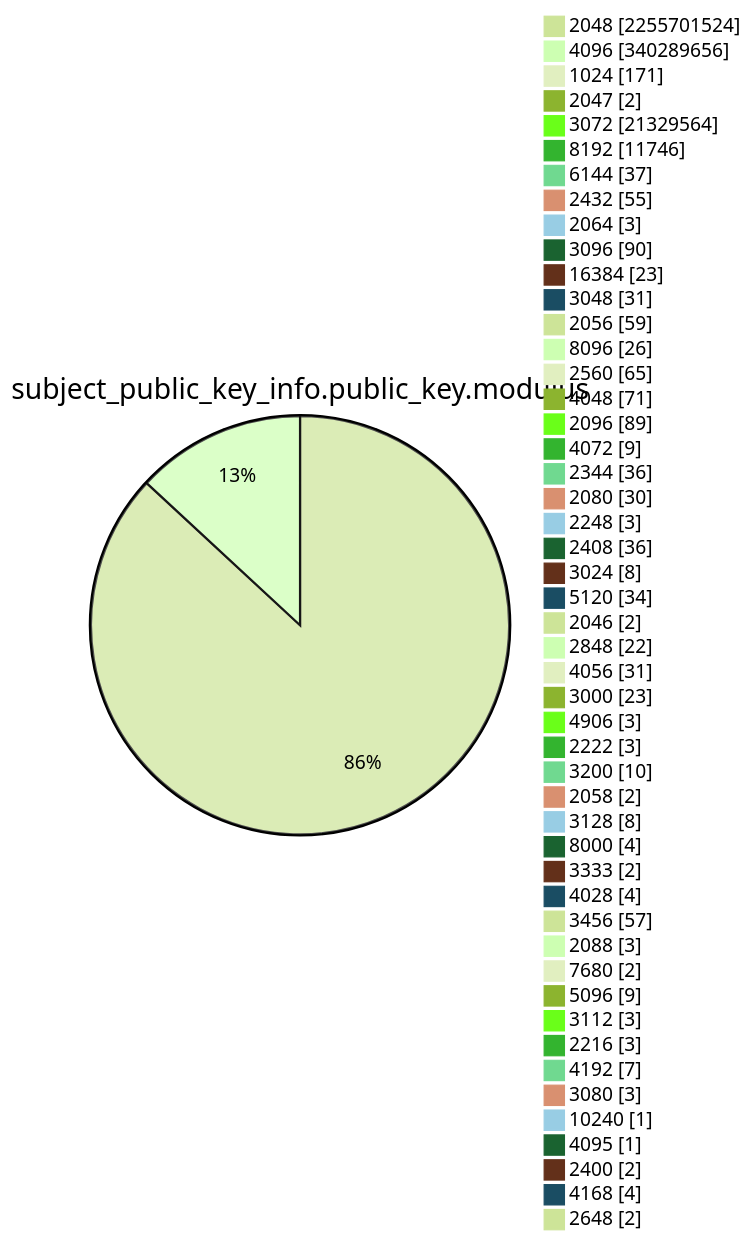
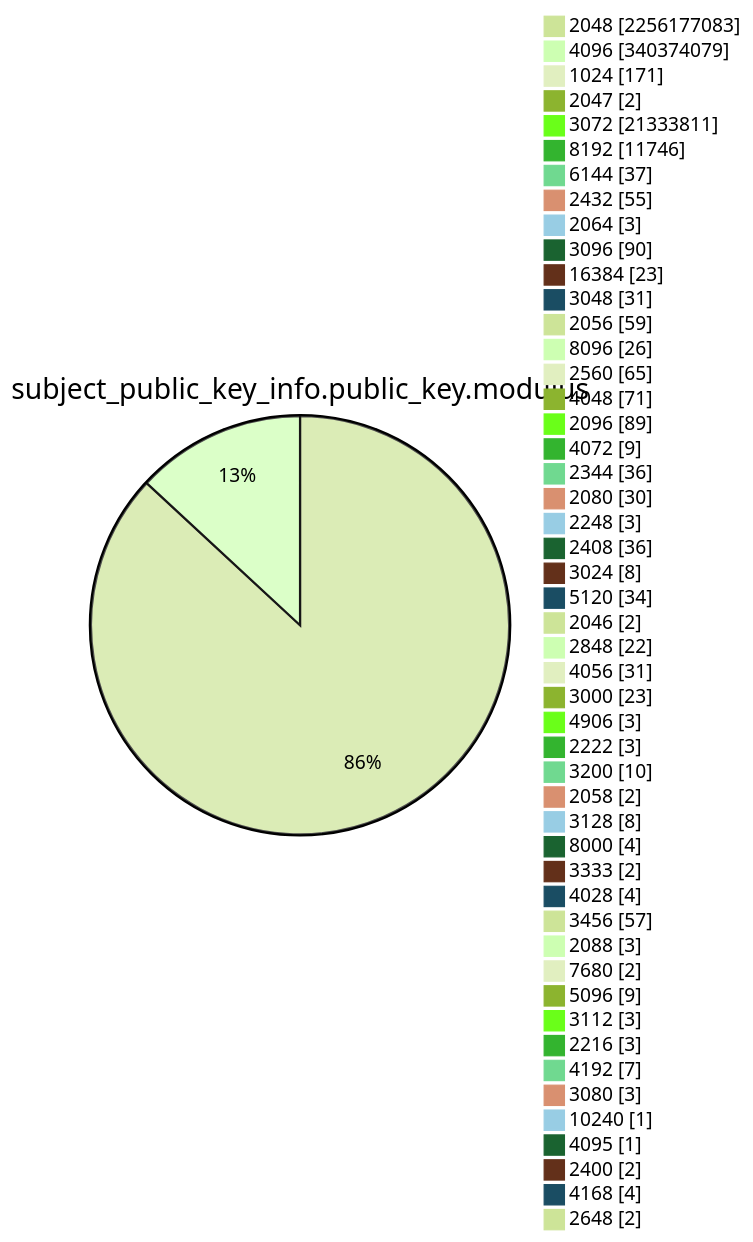
Before and after one commit to christiankrug/ctmonitor_visualization: diagram 13 of 15 in TOTAL/README.md, drawn with Mermaid (forest theme). The commit also changed other lines of this file, not shown here.

````diff
--- a/TOTAL/README.md
+++ b/TOTAL/README.md
@@ -4165,53 +4165,53 @@
 ```mermaid
 pie showData
 title subject_public_key_info.public_key.modulus
-"2048" :2255701524
-"4096" :340289656
+"2048" :2256177083
+"4096" :340374079
 "1024" :171
 "2047" :2
-"3072" :21329564
+"3072" :21333811
 "8192" :11746
 "6144" :37
 "2432" :55
 "2064" :3
 "3096" :90
 "16384" :23
 "3048" :31
 "2056" :59
 "8096" :26
 "2560" :65
 "4048" :71
 "2096" :89
 "4072" :9
 "2344" :36
 "2080" :30
 "2248" :3
 "2408" :36
 "3024" :8
 "5120" :34
 "2046" :2
 "2848" :22
 "4056" :31
 "3000" :23
 "4906" :3
 "2222" :3
 "3200" :10
 "2058" :2
 "3128" :8
 "8000" :4
 "3333" :2
 "4028" :4
 "3456" :57
 "2088" :3
 "7680" :2
 "5096" :9
 "3112" :3
 "2216" :3
 "4192" :7
 "3080" :3
 "10240" :1
 "4095" :1
 "2400" :2
 "4168" :4
 "2648" :2
 ```
````
